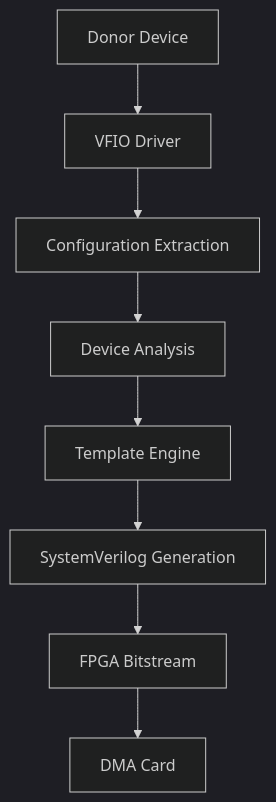
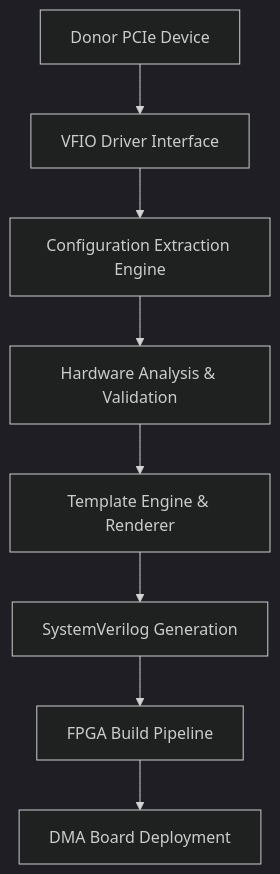
One commit to ramseymcgrath/pcileechfwgenerator-site changed the first of 2 diagrams in docs/index.md. Above: the diagram before and after it, drawn with Mermaid (dark theme). The commit also changed other lines of this file and 12 other files, not shown here.

````diff
--- a/docs/index.md
+++ b/docs/index.md
@@ -152,10 +193,10 @@
 ```mermaid
 graph TD
-    A[Donor Device] --> B[VFIO Driver]
-    B --> C[Configuration Extraction]
-    C --> D[Device Analysis]
-    D --> E[Template Engine]
+    A[Donor PCIe Device] --> B[VFIO Driver Interface]
+    B --> C[Configuration Extraction Engine]
+    C --> D[Hardware Analysis & Validation]
+    D --> E[Template Engine & Renderer]
     E --> F[SystemVerilog Generation]
-    F --> G[FPGA Bitstream]
-    G --> H[DMA Card]
+    F --> G[FPGA Build Pipeline]
+    G --> H[DMA Board Deployment]
 ```
````
